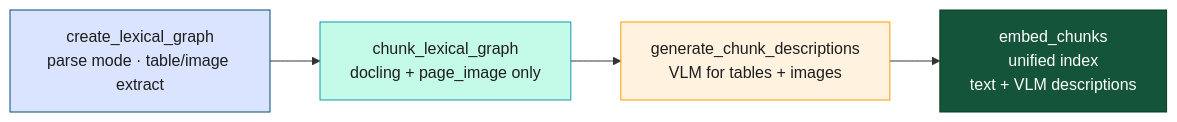
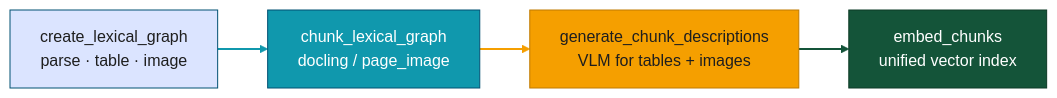
Before and after one commit to joy-neo4j/graph-intelligence-agent: diagram 11 of 13 in outputs/Graph_Intelligence_Technical_DeepDive.md, drawn with Mermaid. The commit also changed other lines of this file and 1 other file, not shown here.

````diff
--- a/outputs/Graph_Intelligence_Technical_DeepDive.md
+++ b/outputs/Graph_Intelligence_Technical_DeepDive.md
@@ -747,10 +814,13 @@
 ```mermaid
 flowchart LR
-    P["create_lexical_graph<br/>parse mode · table/image extract"] --> C["chunk_lexical_graph<br/>docling + page_image only"]
+    P["create_lexical_graph<br/>parse · table · image"] --> C["chunk_lexical_graph<br/>docling / page_image"]
     C --> G["generate_chunk_descriptions<br/>VLM for tables + images"]
-    G --> Em["embed_chunks<br/>unified index<br/>text + VLM descriptions"]
+    G --> Em["embed_chunks<br/>unified vector index"]
     style P fill:#dbe4ff,stroke:#005073,color:#1e1e1e
-    style C fill:#c3fae8,stroke:#1098ad,color:#1e1e1e
-    style G fill:#fff3e0,stroke:#f59f00,color:#1e1e1e
+    style C fill:#1098ad,stroke:#005073,color:#fff
+    style G fill:#f59f00,stroke:#c07a00,color:#1e1e1e
     style Em fill:#145439,stroke:#0d3a26,color:#fff
+    linkStyle 0 stroke:#1098ad,stroke-width:2px
+    linkStyle 1 stroke:#f59f00,stroke-width:2px
+    linkStyle 2 stroke:#145439,stroke-width:2px
 ```
````
